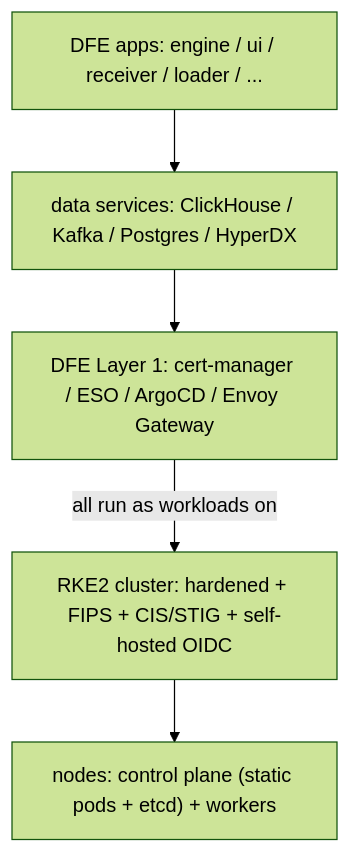
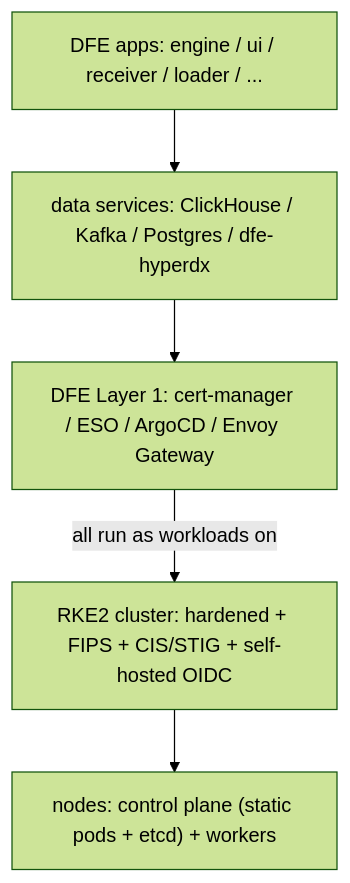
The first of 2 diagrams in docs/deployment/rke2.md (hyperi-io/dfe-infra), drawn with Mermaid (forest theme) before and after one commit. The commit also changed 24 other files, not shown here.

First line of the commit message:
fix(docs): call the search component dfe-hyperdx in the technical docs

````diff
--- a/docs/deployment/rke2.md
+++ b/docs/deployment/rke2.md
@@ -50,12 +50,12 @@
 ```mermaid
 flowchart TB
   apps["DFE apps: engine / ui / receiver / loader / ..."]
-  data["data services: ClickHouse / Kafka / Postgres / HyperDX"]
+  data["data services: ClickHouse / Kafka / Postgres / dfe-hyperdx"]
   l1["DFE Layer 1: cert-manager / ESO / ArgoCD / Envoy Gateway"]
   rke2["RKE2 cluster: hardened + FIPS + CIS/STIG + self-hosted OIDC"]
   nodes["nodes: control plane (static pods + etcd) + workers"]
   apps --> data
   data --> l1
   l1 -->|all run as workloads on| rke2
   rke2 --> nodes
 ```
````
